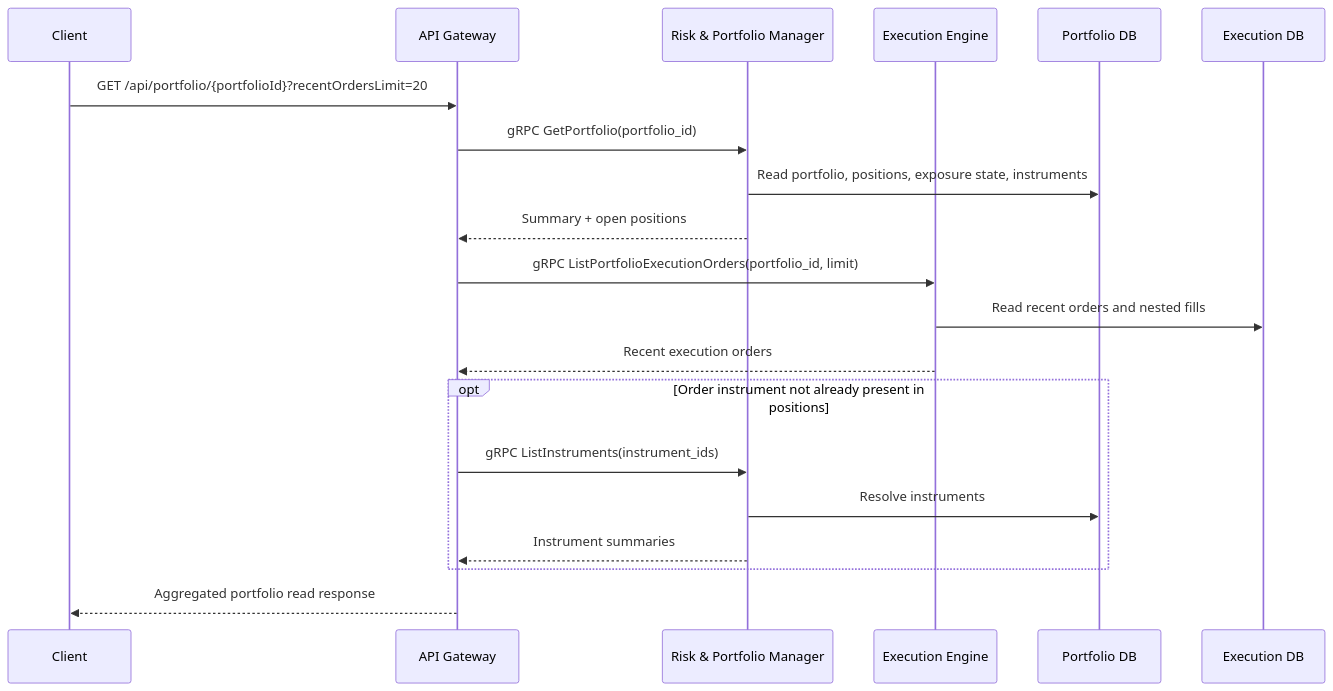
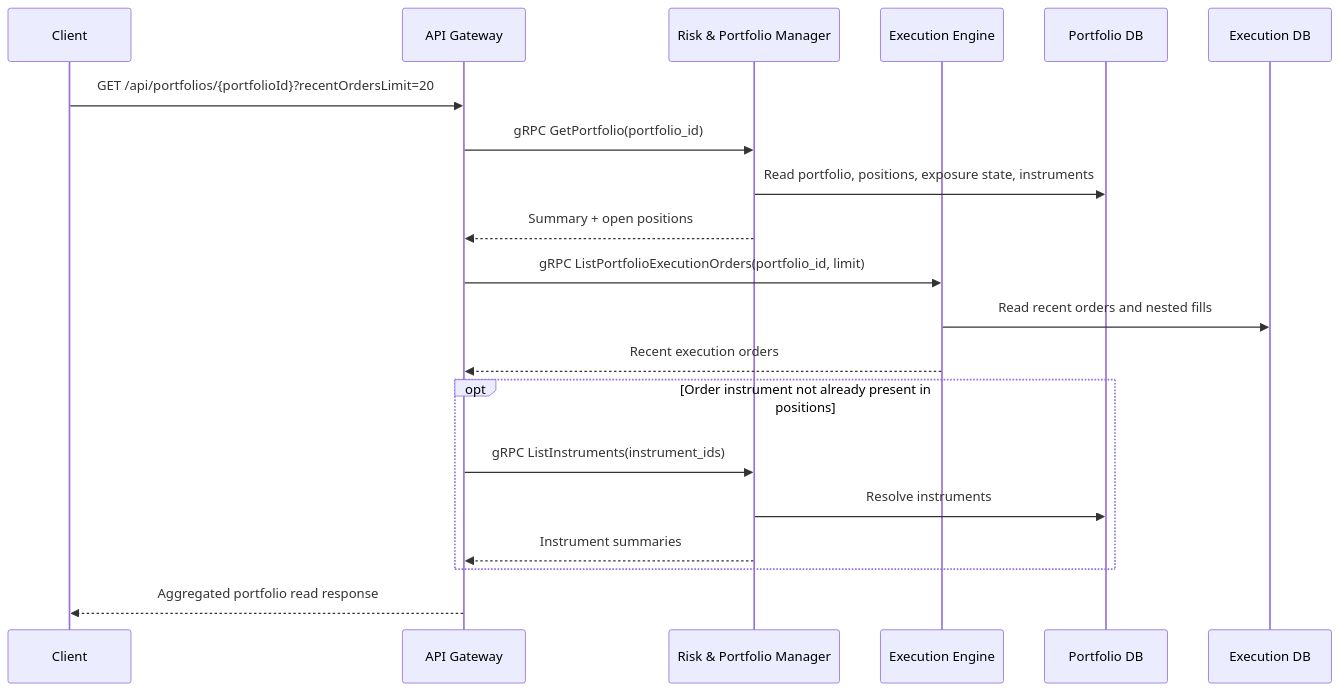
Before and after one commit to IMalaniak/trading-bot: the fifth of 7 diagrams in docs/architecture/ARCHITECTURE.md, drawn with Mermaid. The commit also changed other lines of this file and 90 other files, not shown here.

````diff
--- a/docs/architecture/ARCHITECTURE.md
+++ b/docs/architecture/ARCHITECTURE.md
@@ -566,23 +587,23 @@
 ```mermaid
 sequenceDiagram
     participant Client
     participant APIGateway as API Gateway
     participant PortfolioManager as Risk & Portfolio Manager
     participant ExecutionEngine as Execution Engine
     participant PortfolioDB as Portfolio DB
     participant ExecutionDB as Execution DB
 
-    Client->>APIGateway: GET /api/portfolio/{portfolioId}?recentOrdersLimit=20
+    Client->>APIGateway: GET /api/portfolios/{portfolioId}?recentOrdersLimit=20
     APIGateway->>PortfolioManager: gRPC GetPortfolio(portfolio_id)
     PortfolioManager->>PortfolioDB: Read portfolio, positions, exposure state, instruments
     PortfolioManager-->>APIGateway: Summary + open positions
     APIGateway->>ExecutionEngine: gRPC ListPortfolioExecutionOrders(portfolio_id, limit)
     ExecutionEngine->>ExecutionDB: Read recent orders and nested fills
     ExecutionEngine-->>APIGateway: Recent execution orders
     opt Order instrument not already present in positions
         APIGateway->>PortfolioManager: gRPC ListInstruments(instrument_ids)
         PortfolioManager->>PortfolioDB: Resolve instruments
         PortfolioManager-->>APIGateway: Instrument summaries
     end
     APIGateway-->>Client: Aggregated portfolio read response
 ```
````
